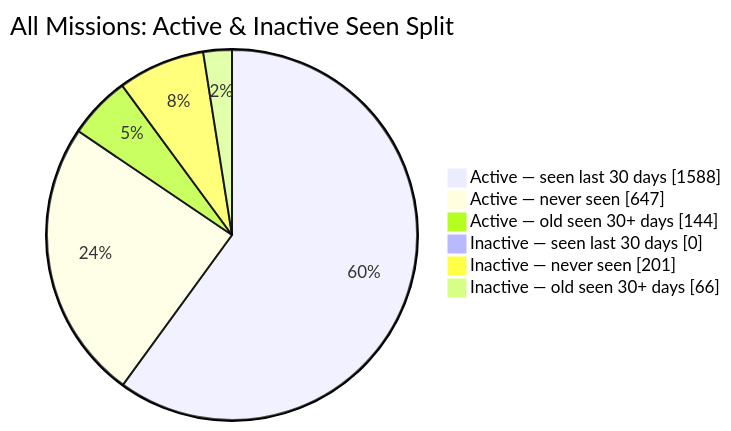
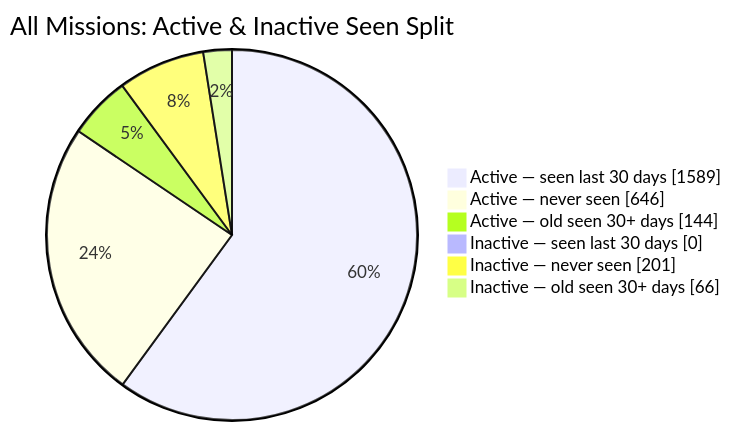
One commit to MeldkamerspelGameTeam/active-missions changed the second of 2 diagrams in README.md. Above: the diagram before and after it, drawn with Mermaid. The commit also changed other lines of this file and 2 other files, not shown here.

````diff
--- a/README.md
+++ b/README.md
@@ -44,10 +44,10 @@
 ```mermaid
 pie showData
     title All Missions: Active & Inactive Seen Split
-    "Active — seen last 30 days" : 1588
-    "Active — never seen" : 647
+    "Active — seen last 30 days" : 1589
+    "Active — never seen" : 646
     "Active — old seen 30+ days" : 144
     "Inactive — seen last 30 days" : 0
     "Inactive — never seen" : 201
     "Inactive — old seen 30+ days" : 66
 ```
````
